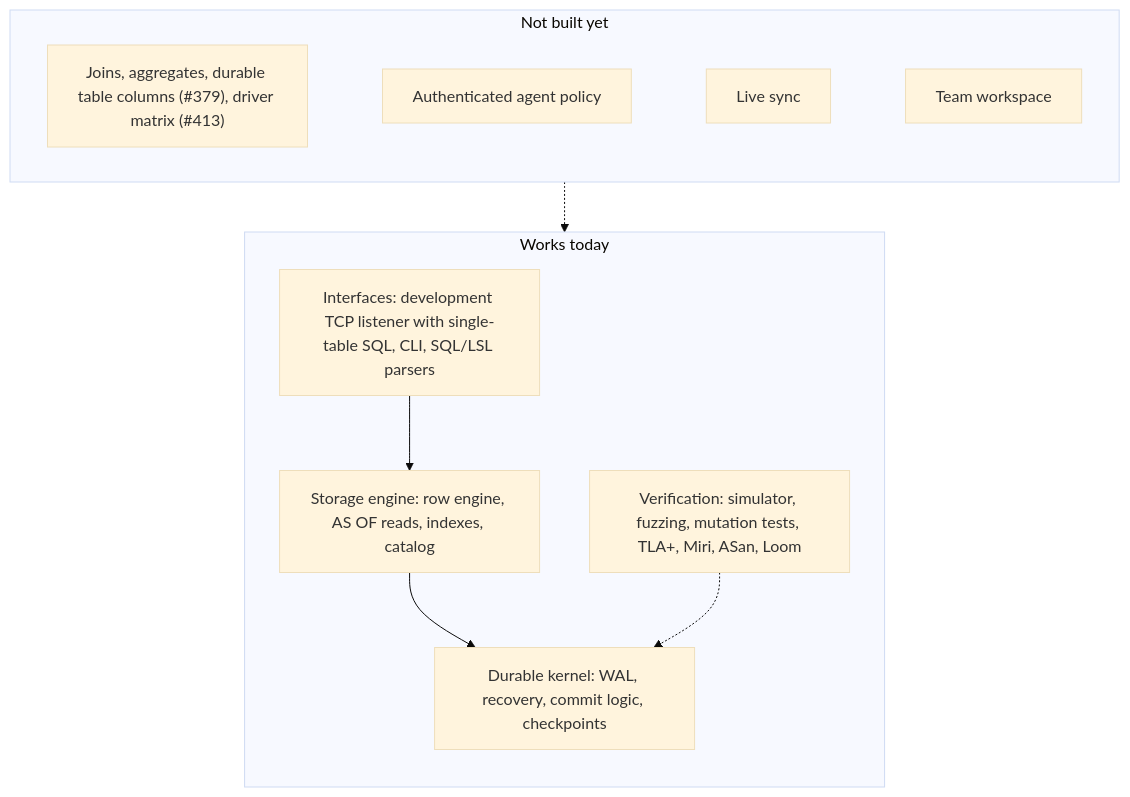
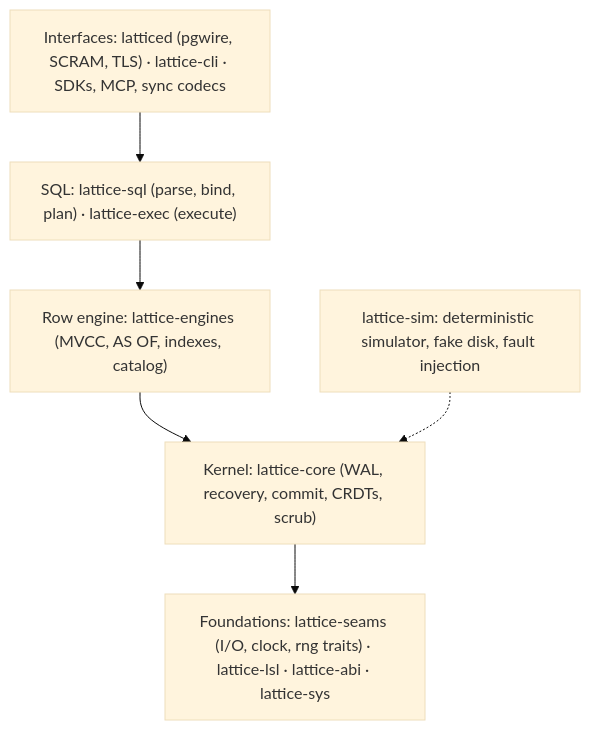
The second of 2 diagrams in README.md (moncifem/latticedb), drawn with Mermaid (base theme) before and after one commit. The commit also changed other lines of this file and 1 other file, not shown here.

````diff
--- a/README.md
+++ b/README.md
@@ -62,17 +129,10 @@
 ```mermaid
 flowchart TB
-  subgraph ahead["Not built yet"]
-    direction LR
-    sql["Joins, aggregates, durable table columns (#379), driver matrix (#413)"] ~~~ pol["Authenticated agent policy"] ~~~ sync["Live sync"] ~~~ ws["Team workspace"]
-  end
-  subgraph have["Works today"]
-    direction TB
-    ifc["Interfaces: development TCP listener with single-table SQL, CLI, SQL/LSL parsers"]
-    eng["Storage engine: row engine, AS OF reads, indexes, catalog"]
-    ker["Durable kernel: WAL, recovery, commit logic, checkpoints"]
-    ver["Verification: simulator, fuzzing, mutation tests, TLA+, Miri, ASan, Loom"]
-    ifc --> eng --> ker
-    ver -.-> ker
-  end
-  ahead -.-> have
+  api["Interfaces: latticed (pgwire, SCRAM, TLS) · lattice-cli · SDKs, MCP, sync codecs"]
+  sql["SQL: lattice-sql (parse, bind, plan) · lattice-exec (execute)"]
+  eng["Row engine: lattice-engines (MVCC, AS OF, indexes, catalog)"]
+  ker["Kernel: lattice-core (WAL, recovery, commit, CRDTs, scrub)"]
+  low["Foundations: lattice-seams (I/O, clock, rng traits) · lattice-lsl · lattice-abi · lattice-sys"]
+  api --> sql --> eng --> ker --> low
+  sim["lattice-sim: deterministic simulator, fake disk, fault injection"] -.-> ker
 ```
````
